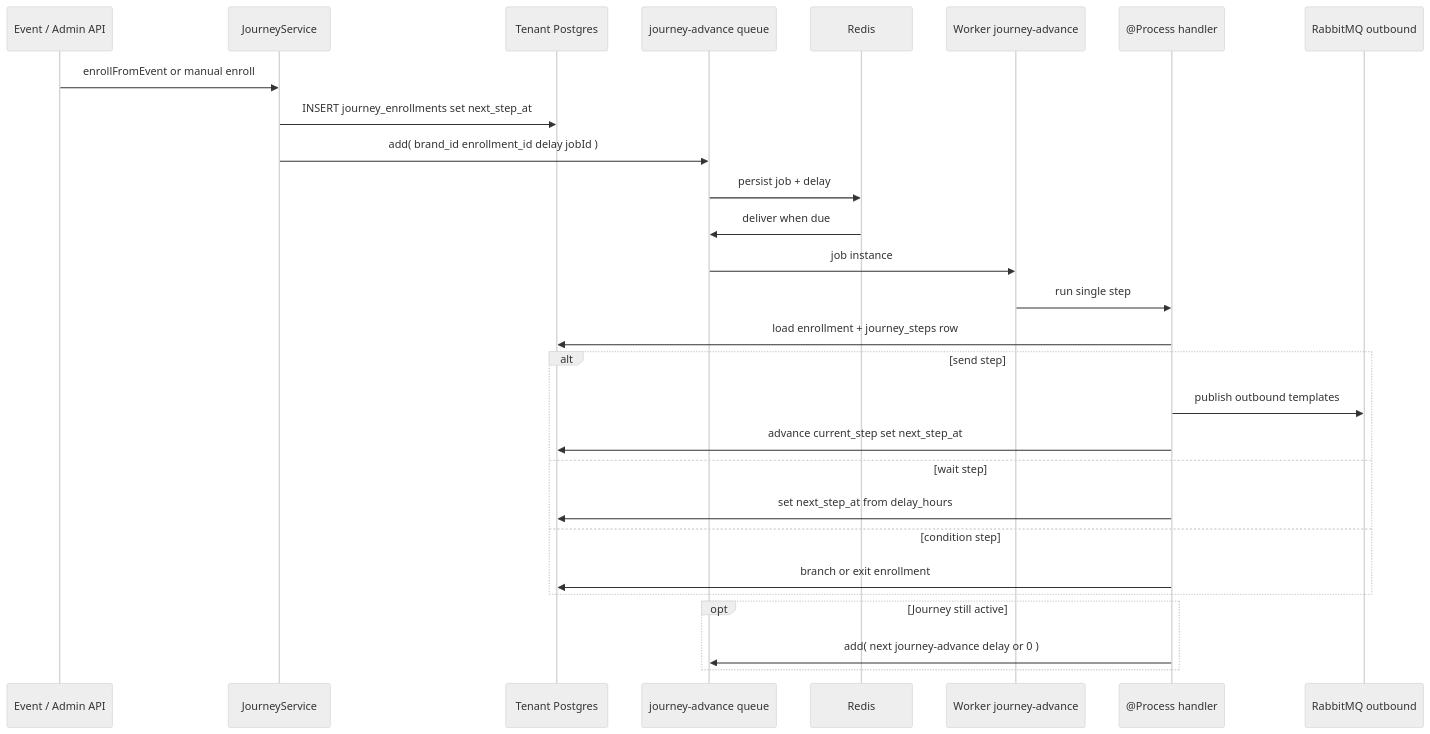
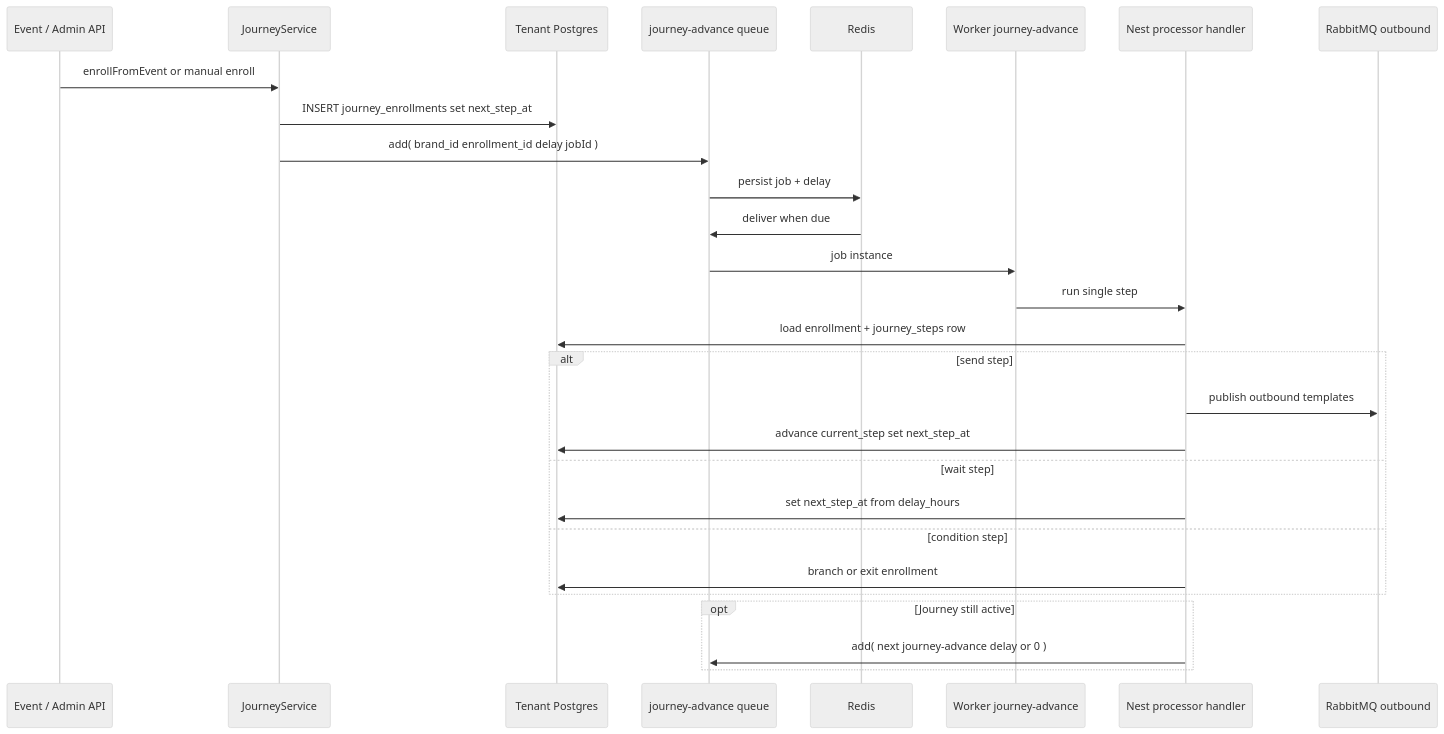
Before and after one commit to rishirathoregammasweep/flows.md: the third of 3 diagrams in architecture-bullmq.md, drawn with Mermaid (neutral theme). The commit also changed other lines of this file, not shown here.

Commit message:
Update terminology from '@Process handler' to 'Nest processor handler'

````diff
--- a/architecture-bullmq.md
+++ b/architecture-bullmq.md
@@ -127,34 +127,34 @@
 ```mermaid
 sequenceDiagram
   participant Src as Event / Admin API
   participant JS as JourneyService
   participant DB as Tenant Postgres
   participant JQ as journey-advance queue
   participant Redis as Redis
   participant W as Worker journey-advance
-  participant H as @Process handler
+  participant H as Nest processor handler
   participant AMQP as RabbitMQ outbound
 
   Src->>JS: enrollFromEvent or manual enroll
   JS->>DB: INSERT journey_enrollments set next_step_at
   JS->>JQ: add( brand_id enrollment_id delay jobId )
 
   JQ->>Redis: persist job + delay
   Redis->>JQ: deliver when due
   JQ->>W: job instance
   W->>H: run single step
 
   H->>DB: load enrollment + journey_steps row
   alt send step
     H->>AMQP: publish outbound templates
     H->>DB: advance current_step set next_step_at
   else wait step
     H->>DB: set next_step_at from delay_hours
   else condition step
     H->>DB: branch or exit enrollment
   end
 
   opt Journey still active
     H->>JQ: add( next journey-advance delay or 0 )
   end
 ```
````
